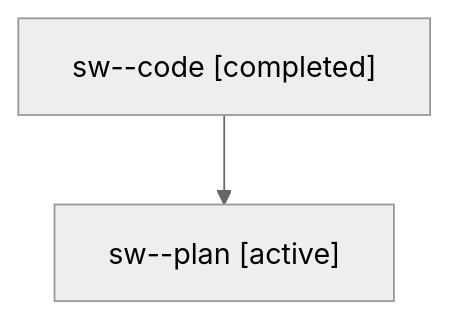
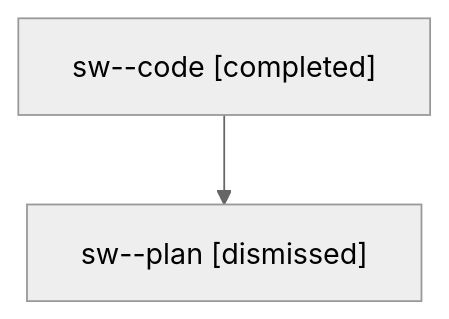
The diagram in sessions/bbugyi200.athena.sw.md (sase-org/sase--agents), drawn with Mermaid (neutral theme) before and after one commit. The commit also changed other lines of this file and 20 other files, not shown here.

````diff
--- a/sessions/bbugyi200.athena.sw.md
+++ b/sessions/bbugyi200.athena.sw.md
@@ -9,6 +9,6 @@
 ```mermaid
 flowchart TD
   n0["sw--code [completed]"]
-  n1["sw--plan [active]"]
+  n1["sw--plan [dismissed]"]
   n0 --> n1
 ```
````
